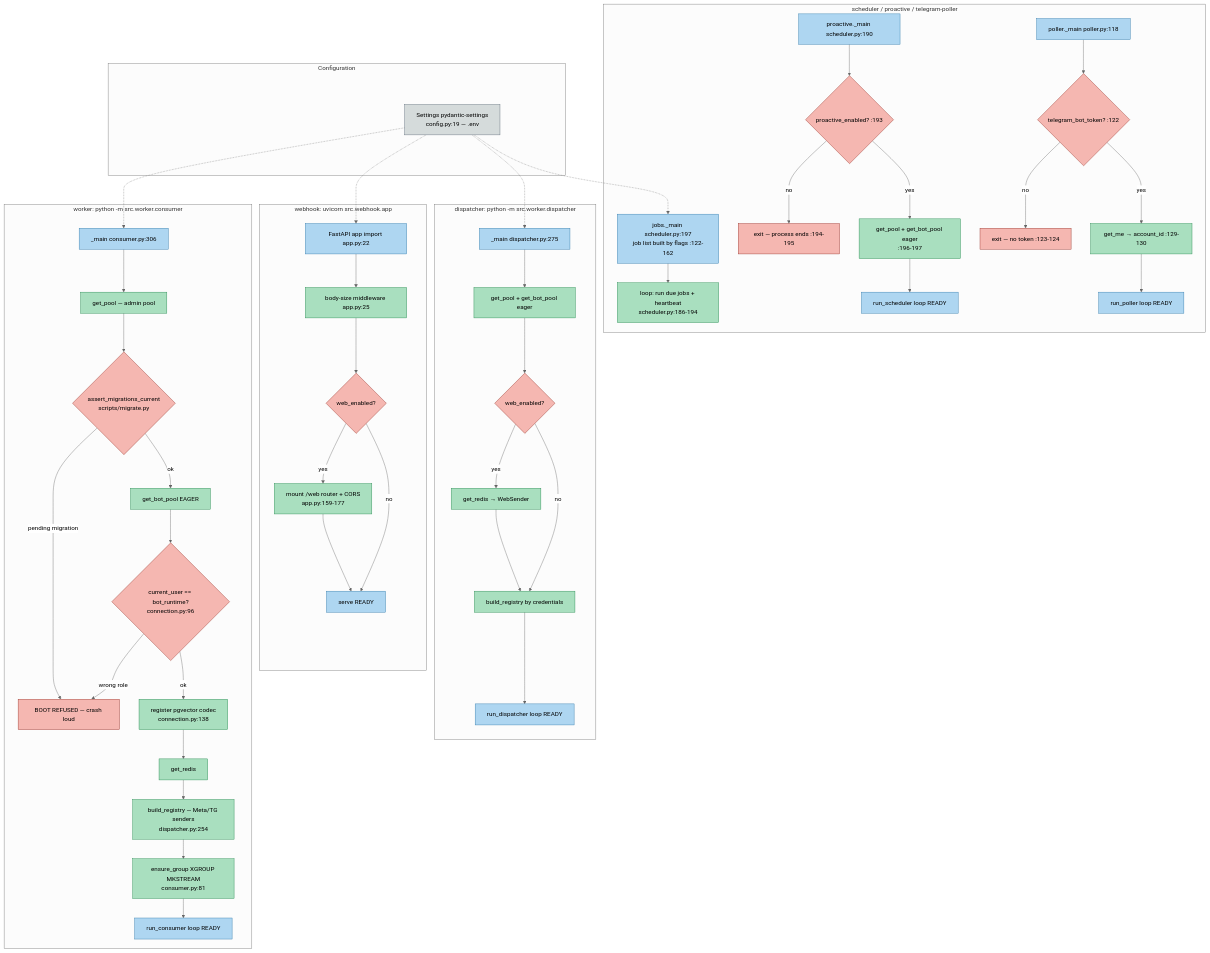
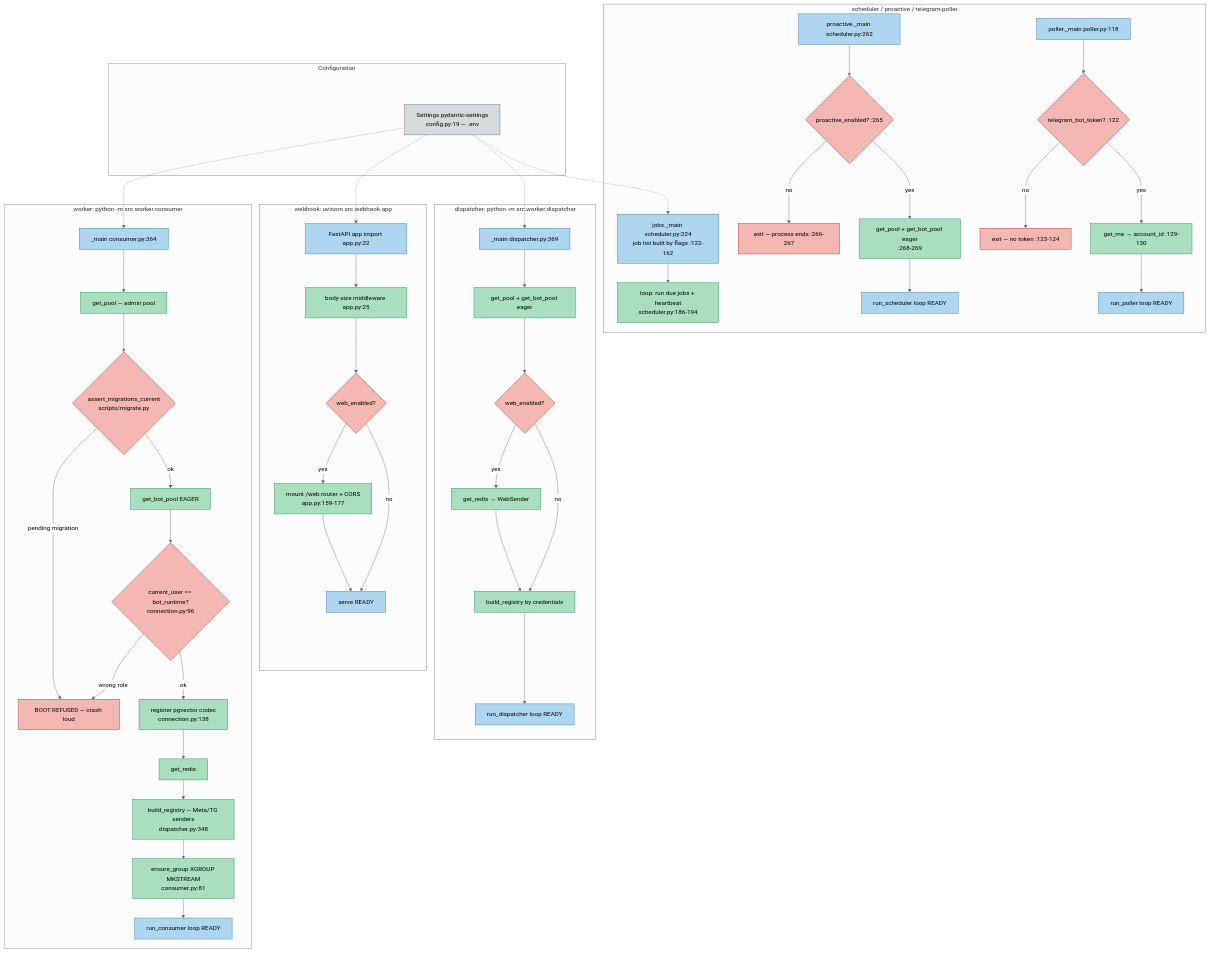
Before and after one commit to AdiBoaru/Sales-Ass: the second of 14 diagrams in docs/ARCHITECTURE-WORKFLOWS.md, drawn with Mermaid (neutral theme). The commit also changed other lines of this file, not shown here.

First line of the commit message:
docs: verificare simbol-cu-simbol a diagramelor 1/2/4c/7/8/9/10 — 58 pointeri reparati

````diff
--- a/docs/ARCHITECTURE-WORKFLOWS.md
+++ b/docs/ARCHITECTURE-WORKFLOWS.md
@@ -188,81 +188,81 @@
 ```mermaid
 flowchart TD
   classDef proc fill:#aed6f1,stroke:#2874a6,color:#000
   classDef step fill:#a9dfbf,stroke:#1e8449,color:#000
   classDef gate fill:#f5b7b1,stroke:#922b21,color:#000
   classDef db fill:#d5dbdb,stroke:#566573,color:#000
 
   subgraph WorkerBoot["worker: python -m src.worker.consumer"]
-    W0["_main consumer.py:306"]:::proc
+    W0["_main consumer.py:364"]:::proc
     W1["get_pool — admin pool"]:::step
     W2{"assert_migrations_current<br/>scripts/migrate.py"}:::gate
     W3["get_bot_pool EAGER"]:::step
     W4{"current_user == bot_runtime?<br/>connection.py:96"}:::gate
     W5["register pgvector codec<br/>connection.py:138"]:::step
     W6["get_redis"]:::step
-    W7["build_registry — Meta/TG senders<br/>dispatcher.py:254"]:::step
+    W7["build_registry — Meta/TG senders<br/>dispatcher.py:348"]:::step
     W8["ensure_group XGROUP MKSTREAM<br/>consumer.py:81"]:::step
     W9["run_consumer loop READY"]:::proc
     WFAIL["BOOT REFUSED — crash loud"]:::gate
   end
 
   subgraph WebhookBoot["webhook: uvicorn src.webhook.app"]
     A0["FastAPI app import app.py:22"]:::proc
     A1["body-size middleware app.py:25"]:::step
     A2{"web_enabled?"}:::gate
     A3["mount /web router + CORS<br/>app.py:159-177"]:::step
     A4["serve READY"]:::proc
   end
 
   subgraph DispatcherBoot["dispatcher: python -m src.worker.dispatcher"]
-    D0["_main dispatcher.py:275"]:::proc
+    D0["_main dispatcher.py:369"]:::proc
     D1["get_pool + get_bot_pool eager"]:::step
     D2{"web_enabled?"}:::gate
     D3["get_redis → WebSender"]:::step
     D4["build_registry by credentials"]:::step
     D5["run_dispatcher loop READY"]:::proc
   end
 
   subgraph OtherBoot["scheduler / proactive / telegram-poller"]
-    J0["jobs._main scheduler.py:197<br/>job list built by flags :122-162"]:::proc
+    J0["jobs._main scheduler.py:224<br/>job list built by flags :122-162"]:::proc
     J1["loop: run due jobs + heartbeat<br/>scheduler.py:186-194"]:::step
-    P0["proactive._main scheduler.py:190"]:::proc
-    P1{"proactive_enabled? :193"}:::gate
-    P2["get_pool + get_bot_pool eager<br/>:196-197"]:::step
+    P0["proactive._main scheduler.py:262"]:::proc
+    P1{"proactive_enabled? :265"}:::gate
+    P2["get_pool + get_bot_pool eager<br/>:268-269"]:::step
     P3["run_scheduler loop READY"]:::proc
-    PX["exit — process ends :194-195"]:::gate
+    PX["exit — process ends :266-267"]:::gate
     T0["poller._main poller.py:118"]:::proc
     T1{"telegram_bot_token? :122"}:::gate
     T2["get_me → account_id :129-130"]:::step
     T3["run_poller loop READY"]:::proc
     TX2["exit — no token :123-124"]:::gate
   end
 
   subgraph Config["Configuration"]
     CFG["Settings pydantic-settings<br/>config.py:19 — .env"]:::db
   end
 
   CFG -.-> W0
   CFG -.-> A0
   CFG -.-> D0
   CFG -.-> J0
   J0 --> J1
   P0 --> P1
   P1 -- no --> PX
   P1 -- yes --> P2 --> P3
   T0 --> T1
   T1 -- no --> TX2
   T1 -- yes --> T2 --> T3
   W0 --> W1 --> W2
   W2 -- "pending migration" --> WFAIL
   W2 -- ok --> W3 --> W4
   W4 -- "wrong role" --> WFAIL
   W4 -- ok --> W5 --> W6 --> W7 --> W8 --> W9
   A0 --> A1 --> A2
   A2 -- yes --> A3 --> A4
   A2 -- no --> A4
   D0 --> D1 --> D2
   D2 -- yes --> D3 --> D4
   D2 -- no --> D4
   D4 --> D5
 ```
````
